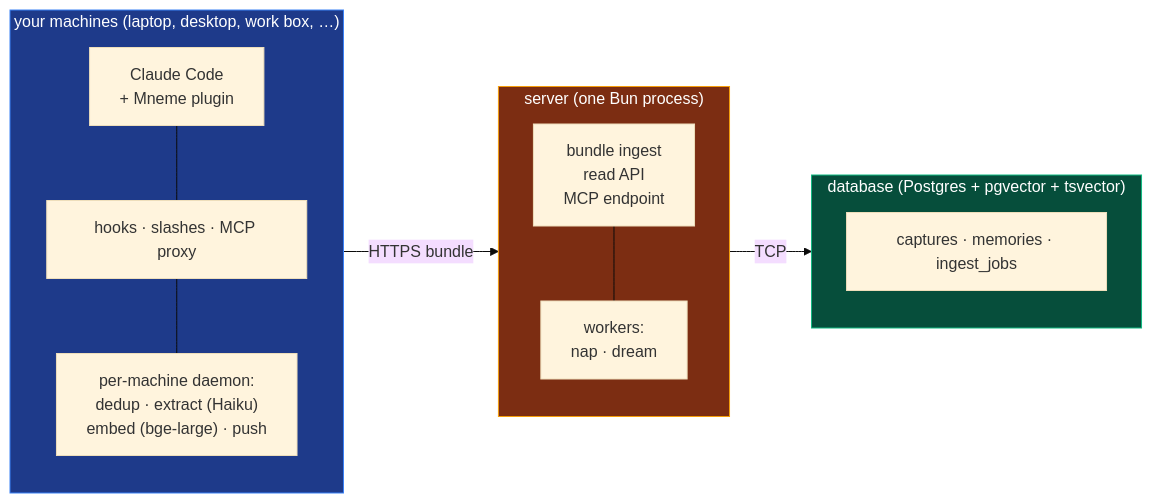
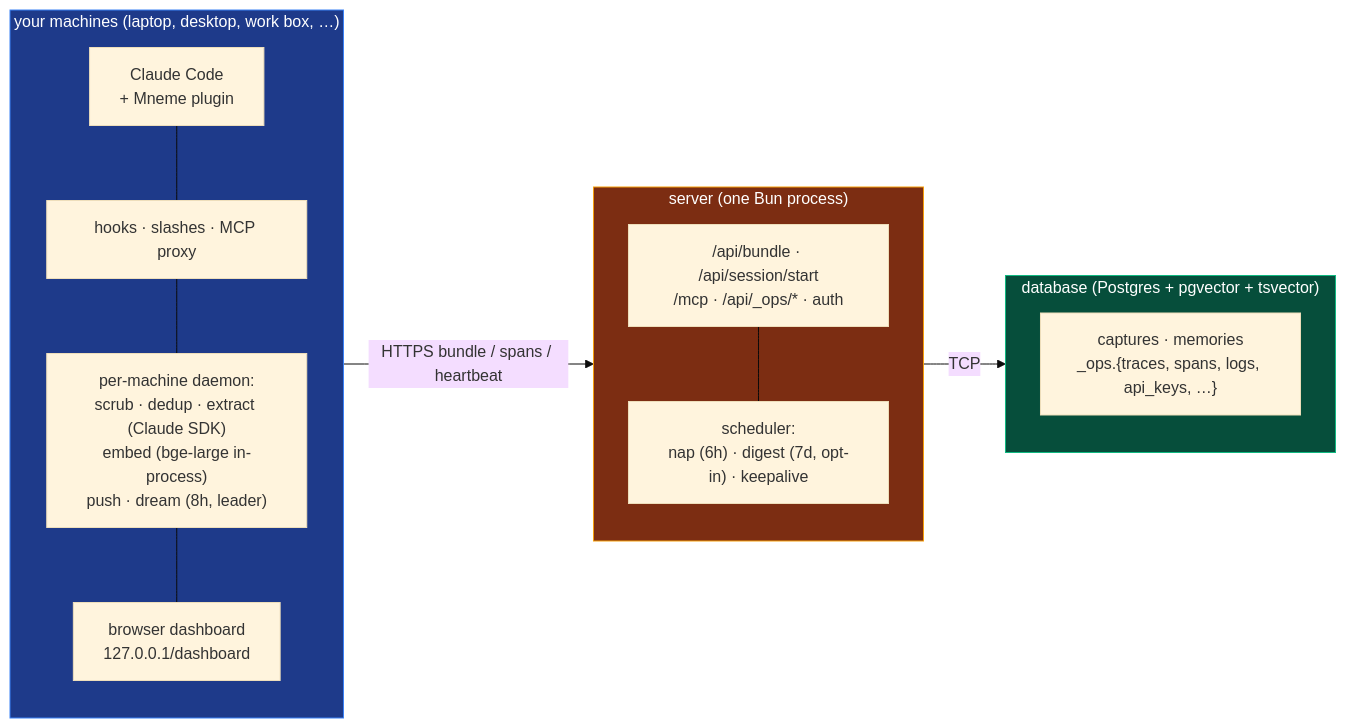
The diagram in README.md (j10ra/mneme), drawn with Mermaid (base theme) before and after one commit. The commit also changed other lines of this file and 13 other files, not shown here.

First line of the commit message:
(docs): split ARCHITECTURE into just-in-time docs/ folder

````diff
--- a/README.md
+++ b/README.md
@@ -27,32 +27,34 @@
 ```mermaid
 flowchart LR
     subgraph Machines["your machines (laptop, desktop, work box, …)"]
         direction TB
         CC["Claude Code<br/>+ Mneme plugin"]
         Hooks["hooks · slashes · MCP proxy"]
-        Daemon["per-machine daemon:<br/>dedup · extract (Haiku)<br/>embed (bge-large) · push"]
+        Daemon["per-machine daemon:<br/>scrub · dedup · extract (Claude SDK)<br/>embed (bge-large in-process)<br/>push · dream (8h, leader)"]
+        Dash["browser dashboard<br/>127.0.0.1/dashboard"]
         CC --- Hooks
         Hooks --- Daemon
+        Daemon --- Dash
     end
 
     subgraph Server["server (one Bun process)"]
         direction TB
-        API["bundle ingest<br/>read API<br/>MCP endpoint"]
-        Workers["workers:<br/>nap · dream"]
+        API["/api/bundle · /api/session/start<br/>/mcp · /api/_ops/* · auth"]
+        Workers["scheduler:<br/>nap (6h) · digest (7d, opt-in) · keepalive"]
         API --- Workers
     end
 
     subgraph DB["database (Postgres + pgvector + tsvector)"]
-        Tables["captures · memories · ingest_jobs"]
+        Tables["captures · memories<br/>_ops.{traces, spans, logs, api_keys, …}"]
     end
 
-    Machines -- HTTPS bundle --> Server
+    Machines -- HTTPS bundle / spans / heartbeat --> Server
     Server -- TCP --> DB
 
     classDef m fill:#1e3a8a,stroke:#3b82f6,color:#fff
     classDef s fill:#7c2d12,stroke:#f59e0b,color:#fff
     classDef d fill:#064e3b,stroke:#10b981,color:#fff
     class Machines m
     class Server s
     class DB d
 ```
````
